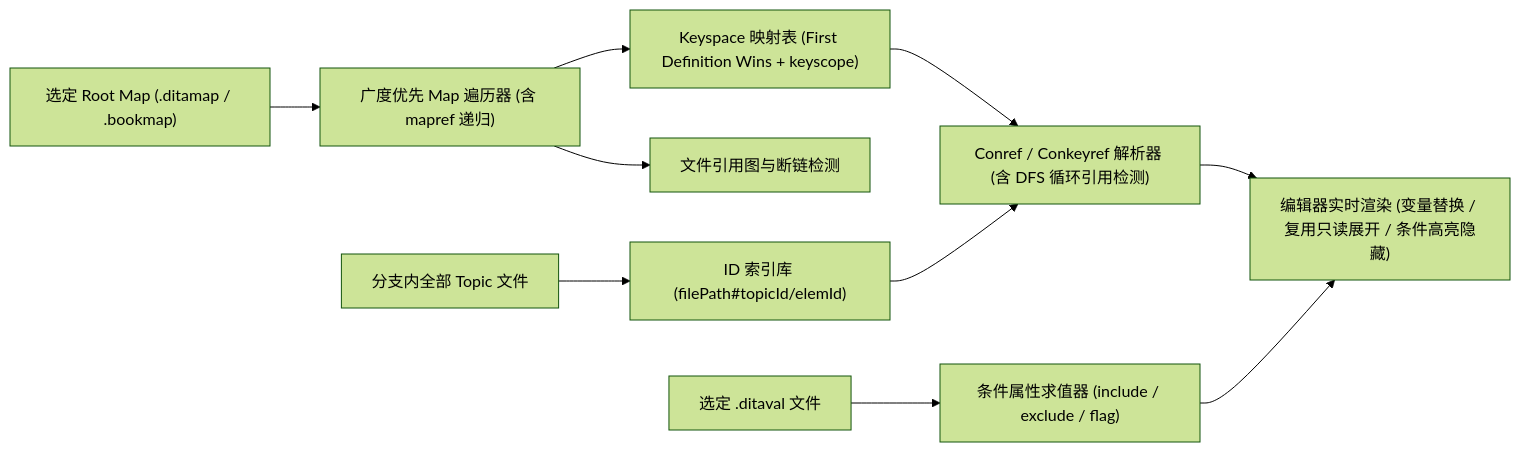
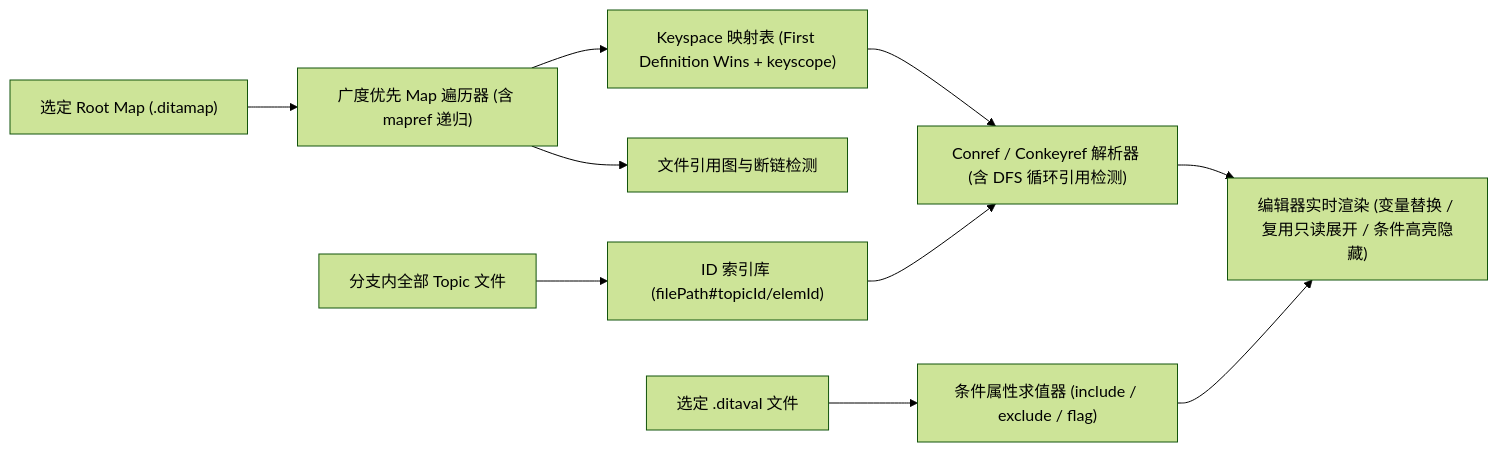
Before and after one commit to Ericfeng84/DITAEditor: the second of 2 diagrams in docs/architecture-and-plan.md, drawn with Mermaid (forest theme). The commit also changed other lines of this file and 86 other files, not shown here.

````diff
--- a/docs/architecture-and-plan.md
+++ b/docs/architecture-and-plan.md
@@ -154,12 +154,12 @@
 ```mermaid
 flowchart LR
-    RootMap["选定 Root Map (.ditamap / .bookmap)"] --> Walker["广度优先 Map 遍历器 (含 mapref 递归)"]
+    RootMap["选定 Root Map (.ditamap)"] --> Walker["广度优先 Map 遍历器 (含 mapref 递归)"]
     Walker --> Keyspace["Keyspace 映射表 (First Definition Wins + keyscope)"]
     Walker --> FileGraph["文件引用图与断链检测"]
     Topics["分支内全部 Topic 文件"] --> IdIndex["ID 索引库 (filePath#topicId/elemId)"]
     Keyspace --> Resolver["Conref / Conkeyref 解析器 (含 DFS 循环引用检测)"]
     IdIndex --> Resolver
     Ditaval["选定 .ditaval 文件"] --> FilterEval["条件属性求值器 (include / exclude / flag)"]
     Resolver --> EditorPreview["编辑器实时渲染 (变量替换 / 复用只读展开 / 条件高亮隐藏)"]
     FilterEval --> EditorPreview
 ```
````
